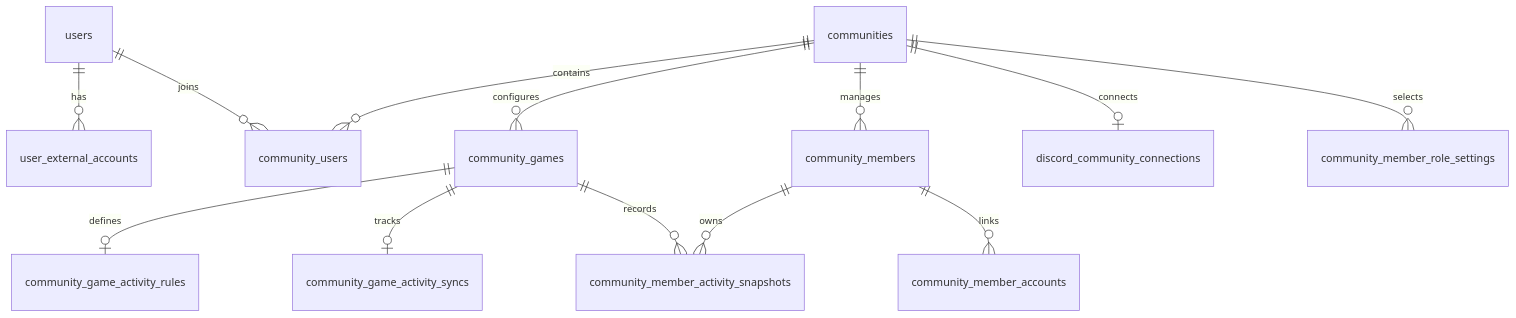
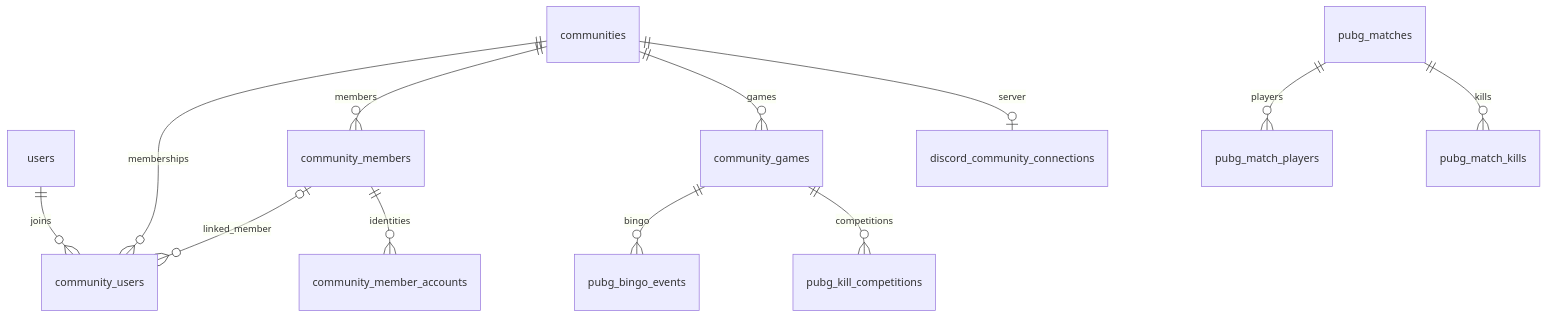
One commit to heun0180/guildup changed the second of 4 diagrams in README.md. Above: the diagram before and after it, drawn with Mermaid. The commit also changed other lines of this file and 9 other files, not shown here.

````diff
--- a/README.md
+++ b/README.md
@@ -118,15 +198,14 @@
 ```mermaid
 erDiagram
-    users ||--o{ user_external_accounts : has
     users ||--o{ community_users : joins
-    communities ||--o{ community_users : contains
-    communities ||--o{ community_games : configures
-    communities ||--o{ community_members : manages
-    communities ||--o| discord_community_connections : connects
-    communities ||--o{ community_member_role_settings : selects
-    community_members ||--o{ community_member_accounts : links
-    community_games ||--o| community_game_activity_rules : defines
-    community_games ||--o| community_game_activity_syncs : tracks
-    community_games ||--o{ community_member_activity_snapshots : records
-    community_members ||--o{ community_member_activity_snapshots : owns
+    communities ||--o{ community_users : memberships
+    communities ||--o{ community_members : members
+    community_members o|--o{ community_users : linked_member
+    community_members ||--o{ community_member_accounts : identities
+    communities ||--o{ community_games : games
+    communities ||--o| discord_community_connections : server
+    community_games ||--o{ pubg_bingo_events : bingo
+    community_games ||--o{ pubg_kill_competitions : competitions
+    pubg_matches ||--o{ pubg_match_players : players
+    pubg_matches ||--o{ pubg_match_kills : kills
 ```
````
